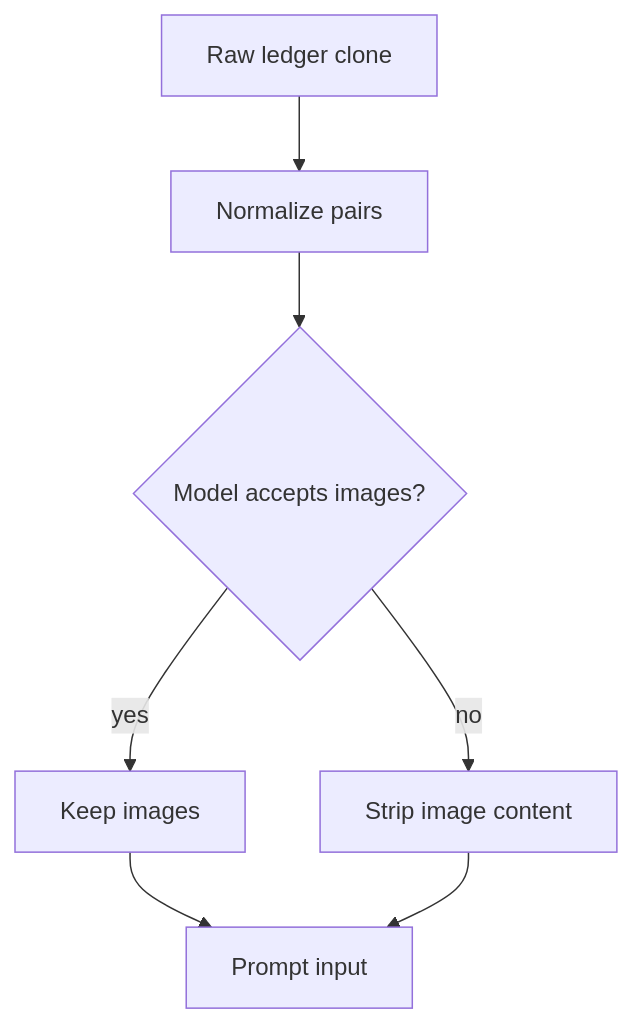
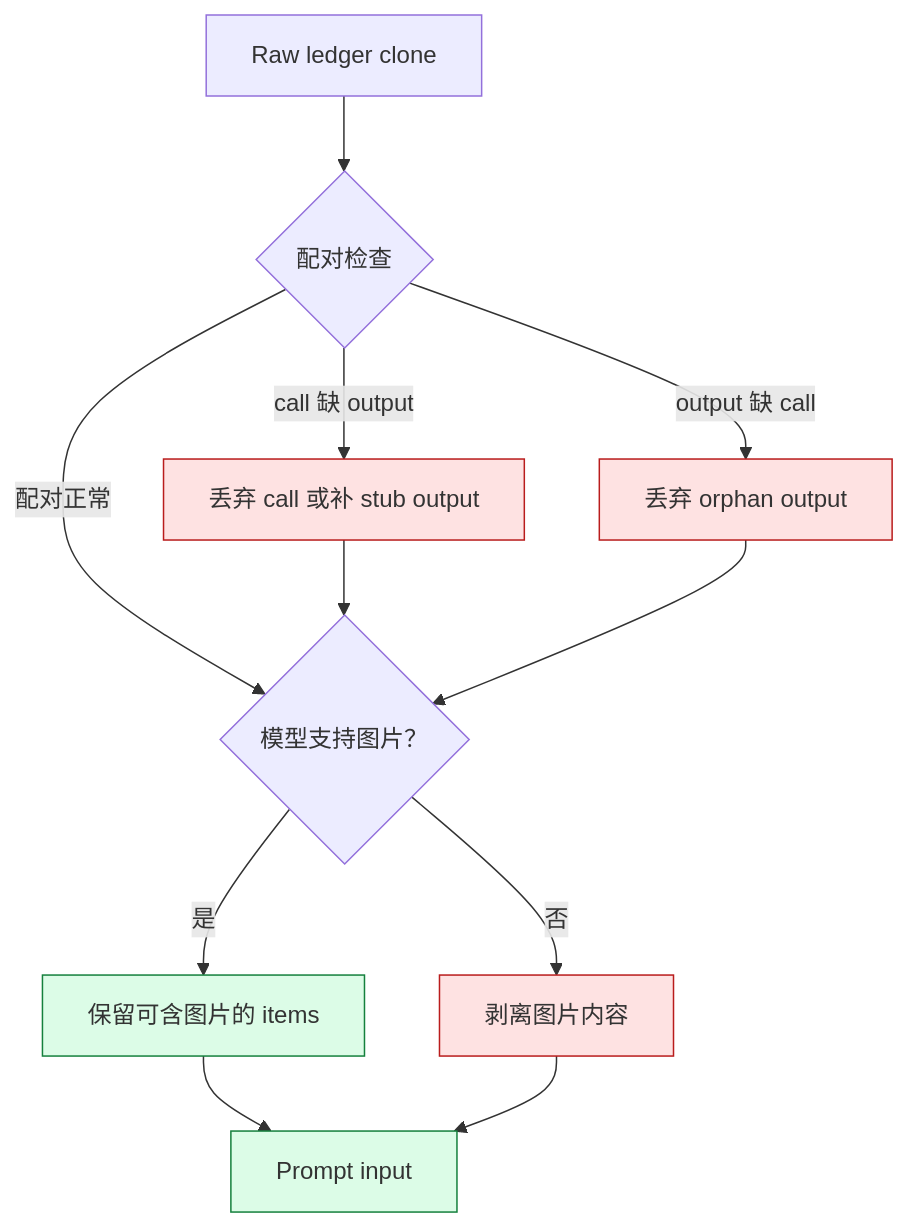
The second of 2 diagrams in docs/zh/codex-context-management/chapter-03.md (WineChord/books), drawn with Mermaid before and after one commit. The commit also changed other lines of this file and 21 other files, not shown here.

````diff
--- a/docs/zh/codex-context-management/chapter-03.md
+++ b/docs/zh/codex-context-management/chapter-03.md
@@ -58,9 +112,17 @@
 ```mermaid
 flowchart TD
-  A[Raw ledger clone] --> B[Normalize pairs]
-  B --> C{Model accepts images?}
-  C -- yes --> D[Keep images]
-  C -- no --> E[Strip image content]
-  D --> F[Prompt input]
-  E --> F
+  A[Raw ledger clone] --> B{配对检查}
+  B -- "call 缺 output" --> C[丢弃 call 或补 stub output]
+  B -- "output 缺 call" --> D[丢弃 orphan output]
+  B -- 配对正常 --> E{模型支持图片？}
+  E -- 是 --> F[保留可含图片的 items]
+  E -- 否 --> G[剥离图片内容]
+  F --> H[Prompt input]
+  G --> H
+  C --> E
+  D --> E
+  classDef safe fill:#dcfce7,stroke:#15803d;
+  classDef warn fill:#fee2e2,stroke:#b91c1c;
+  class C,D,G warn;
+  class F,H safe;
 ```
````
